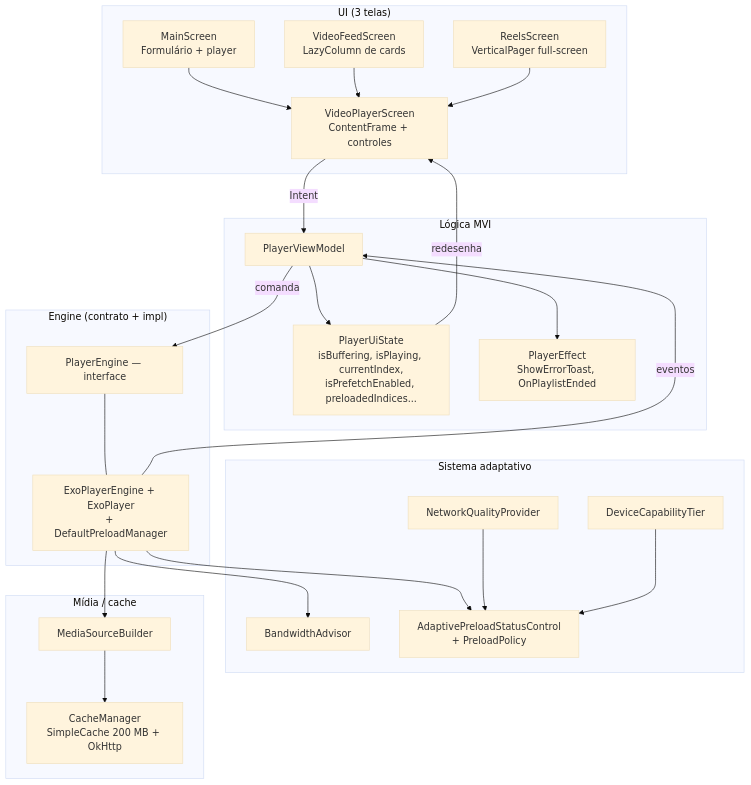
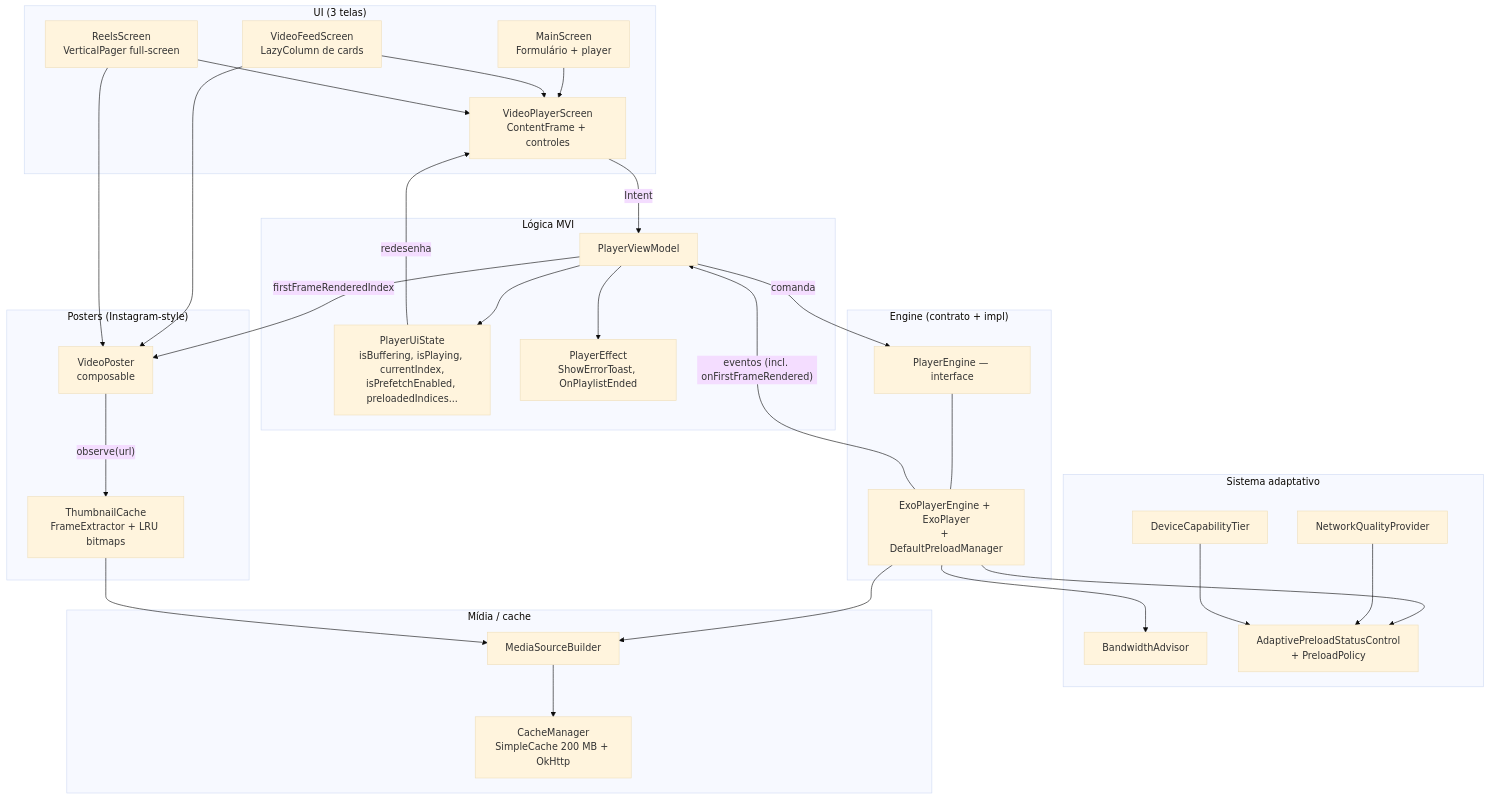
The diagram in README.md (welton-carvalho/player-lab), drawn with Mermaid (base theme) before and after one commit. The commit also changed other lines of this file and 13 other files, not shown here.

````diff
--- a/README.md
+++ b/README.md
@@ -184,50 +196,61 @@
 ```mermaid
 graph TD
     subgraph "UI (3 telas)"
         MS[MainScreen<br/>Formulário + player]
         FS[VideoFeedScreen<br/>LazyColumn de cards]
         RS[ReelsScreen<br/>VerticalPager full-screen]
         VPS[VideoPlayerScreen<br/>ContentFrame + controles]
     end
 
     subgraph "Lógica MVI"
         VM[PlayerViewModel]
         State[PlayerUiState<br/>isBuffering, isPlaying, currentIndex,<br/>isPrefetchEnabled, preloadedIndices...]
         Effects[PlayerEffect<br/>ShowErrorToast, OnPlaylistEnded]
     end
 
     subgraph "Engine (contrato + impl)"
         ENG[PlayerEngine — interface]
         EP[ExoPlayerEngine + ExoPlayer<br/>+ DefaultPreloadManager]
     end
 
     subgraph "Sistema adaptativo"
         NQP[NetworkQualityProvider]
         DCT[DeviceCapabilityTier]
         BA[BandwidthAdvisor]
         APS[AdaptivePreloadStatusControl<br/>+ PreloadPolicy]
     end
 
     subgraph "Mídia / cache"
         MSB[MediaSourceBuilder]
         CM[CacheManager<br/>SimpleCache 200 MB + OkHttp]
     end
 
+    subgraph "Posters (Instagram-style)"
+        TC[ThumbnailCache<br/>FrameExtractor + LRU bitmaps]
+        VP[VideoPoster<br/>composable]
+    end
+
     MS --> VPS
     FS --> VPS
     RS --> VPS
     VPS -- "Intent" --> VM
     VM -- "comanda" --> ENG
     ENG --- EP
-    EP -- "eventos" --> VM
+    EP -- "eventos (incl. onFirstFrameRendered)" --> VM
     VM --> State
     VM --> Effects
     State -- "redesenha" --> VPS
 
     EP --> APS
     EP --> BA
     NQP --> APS
     DCT --> APS
     EP --> MSB
     MSB --> CM
+
+    FS --> VP
+    RS --> VP
+    VP -- "observe(url)" --> TC
+    TC --> MSB
+    VM -- "firstFrameRenderedIndex" --> VP
 ```
````
